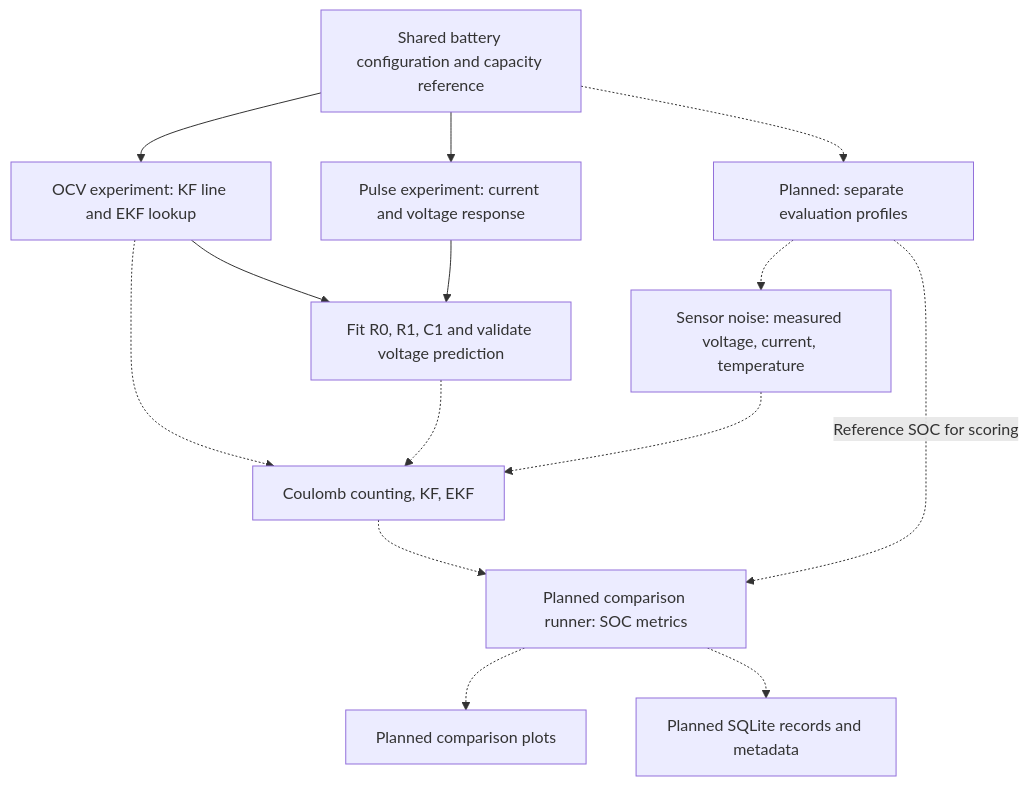
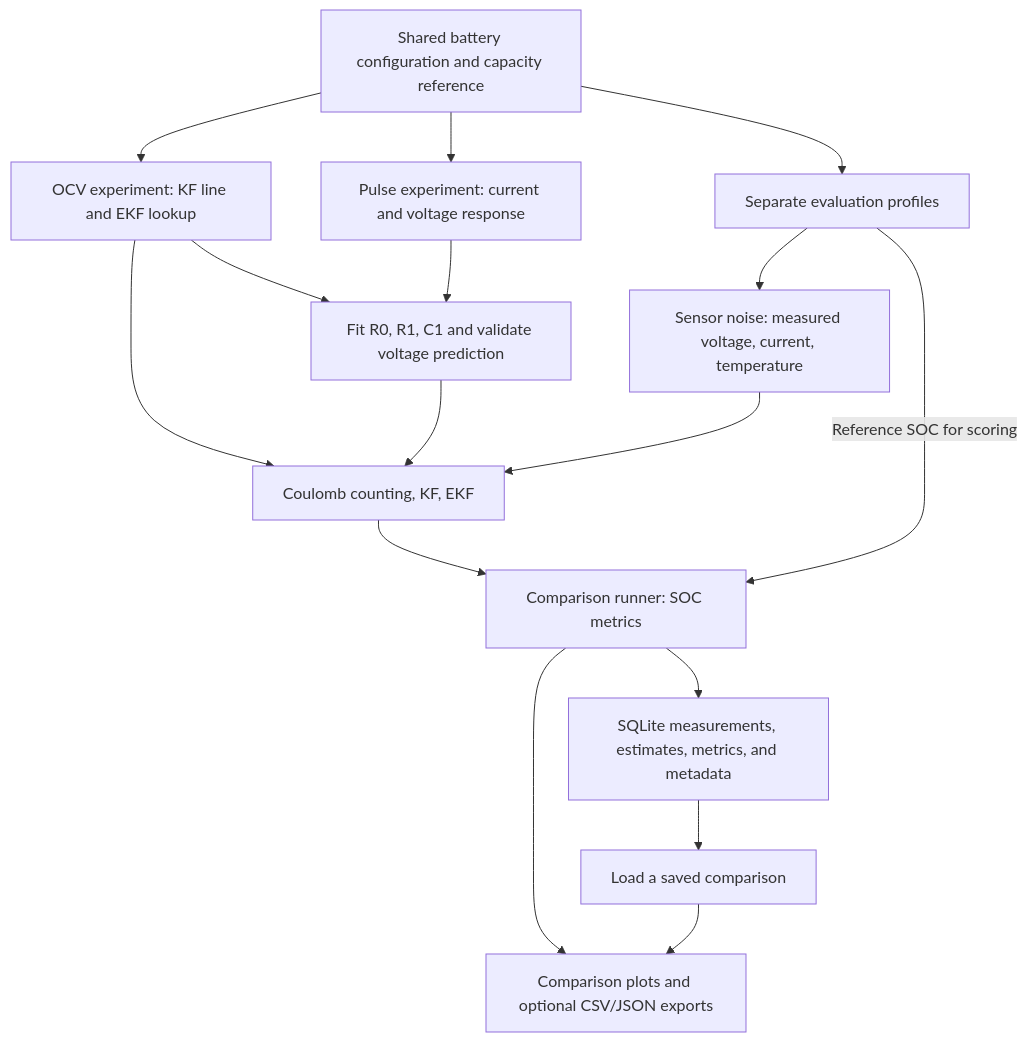
Before and after one commit to Taha-Ibrah/smart-bms: the diagram in architecture.md, drawn with Mermaid. The commit also changed other lines of this file and 14 other files, not shown here.

````diff
--- a/architecture.md
+++ b/architecture.md
@@ -212,17 +281,19 @@
 ```mermaid
 flowchart TD
     B[Shared battery configuration and capacity reference]
     B --> O[OCV experiment: KF line and EKF lookup]
     B --> P[Pulse experiment: current and voltage response]
     O --> F[Fit R0, R1, C1 and validate voltage prediction]
     P --> F
-    B -.-> D[Planned: separate evaluation profiles]
-    D -.-> N[Sensor noise: measured voltage, current, temperature]
-    O -.-> E[Coulomb counting, KF, EKF]
-    F -.-> E
-    N -.-> E
-    E -.-> C[Planned comparison runner: SOC metrics]
-    D -. Reference SOC for scoring .-> C
-    C -.-> V[Planned comparison plots]
-    C -.-> S[Planned SQLite records and metadata]
+    B --> D[Separate evaluation profiles]
+    D --> N[Sensor noise: measured voltage, current, temperature]
+    O --> E[Coulomb counting, KF, EKF]
+    F --> E
+    N --> E
+    E --> C[Comparison runner: SOC metrics]
+    D -->|Reference SOC for scoring| C
+    C --> V[Comparison plots and optional CSV/JSON exports]
+    C --> S[SQLite measurements, estimates, metrics, and metadata]
+    S --> L[Load a saved comparison]
+    L --> V
 ```
````
